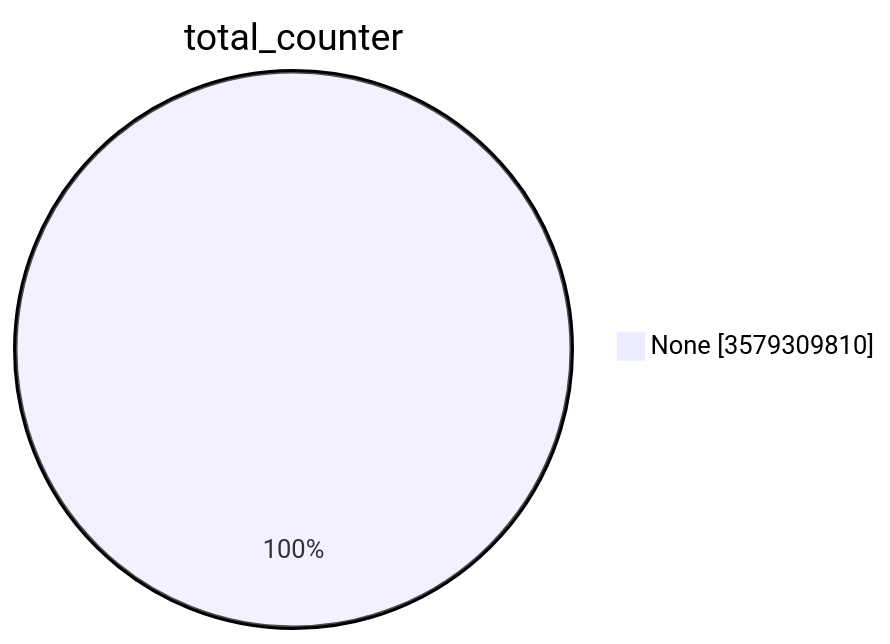
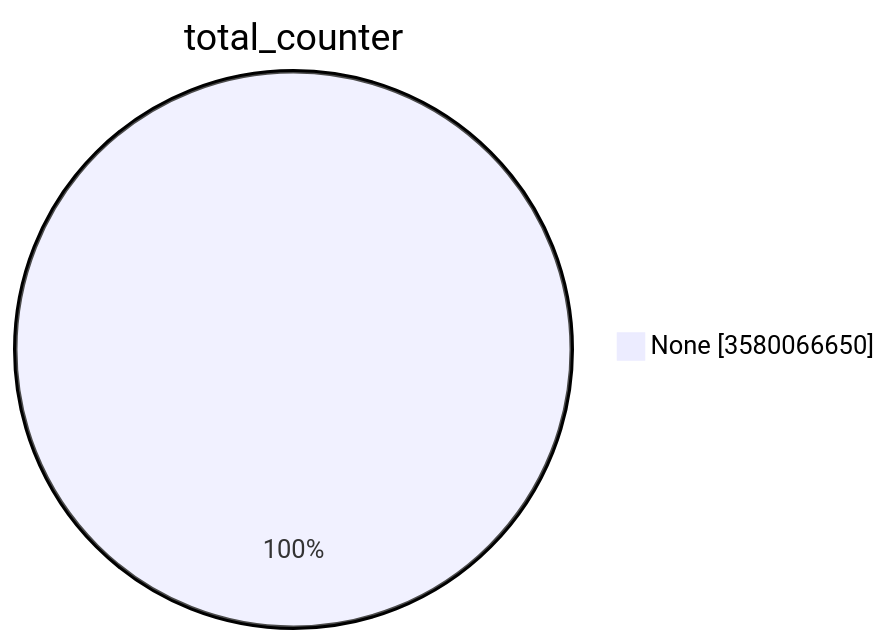
One commit to christiankrug/ctmonitor_visualization changed the first of 15 diagrams in TOTAL/README.md. Above: the diagram before and after it, drawn with Mermaid. The commit also changed other lines of this file, not shown here.

````diff
--- a/TOTAL/README.md
+++ b/TOTAL/README.md
@@ -1,5 +1,5 @@
 ```mermaid
 pie showData
 title total_counter
-"None" :3579309810
+"None" :3580066650
 ```
````
